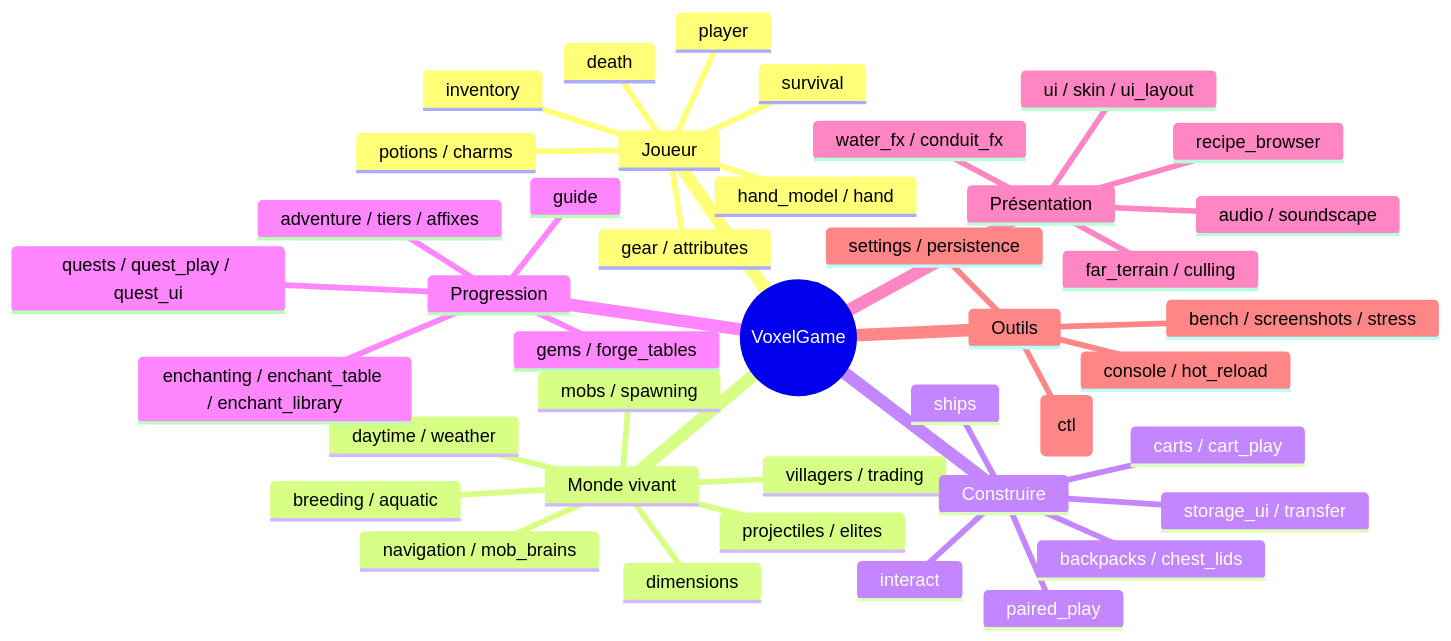
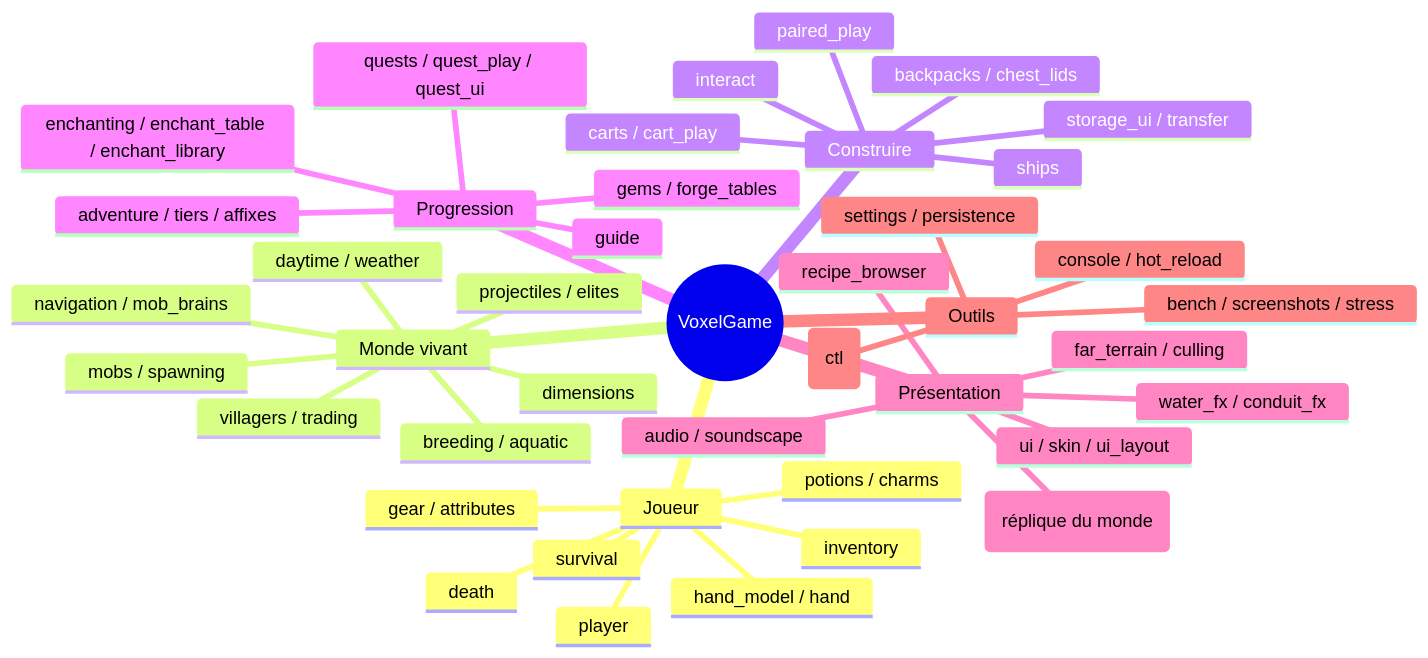
The second of 2 diagrams in docs/moteur/07-jeu.md (benjiGir/rust-engine), drawn with Mermaid before and after one commit. The commit also changed 28 other files, not shown here.

First line of the commit message:
Multijoueur, lot 3a : le monde côté client

````diff
--- a/docs/moteur/07-jeu.md
+++ b/docs/moteur/07-jeu.md
@@ -31,44 +31,45 @@
 ```mermaid
 mindmap
   root((VoxelGame))
     Joueur
       player
       inventory
       hand_model / hand
       survival
       death
       gear / attributes
       potions / charms
     Monde vivant
       mobs / spawning
       navigation / mob_brains
       breeding / aquatic
       villagers / trading
       projectiles / elites
       daytime / weather
       dimensions
     Construire
       interact
       storage_ui / transfer
       backpacks / chest_lids
       carts / cart_play
       ships
       paired_play
     Progression
       quests / quest_play / quest_ui
       adventure / tiers / affixes
       enchanting / enchant_table / enchant_library
       gems / forge_tables
       guide
     Présentation
       ui / skin / ui_layout
       recipe_browser
       audio / soundscape
       water_fx / conduit_fx
       far_terrain / culling
+      client_world (réplique du monde)
     Outils
       control (ctl)
       bench / screenshots / stress
       console / hot_reload
       settings / persistence
 ```
````
